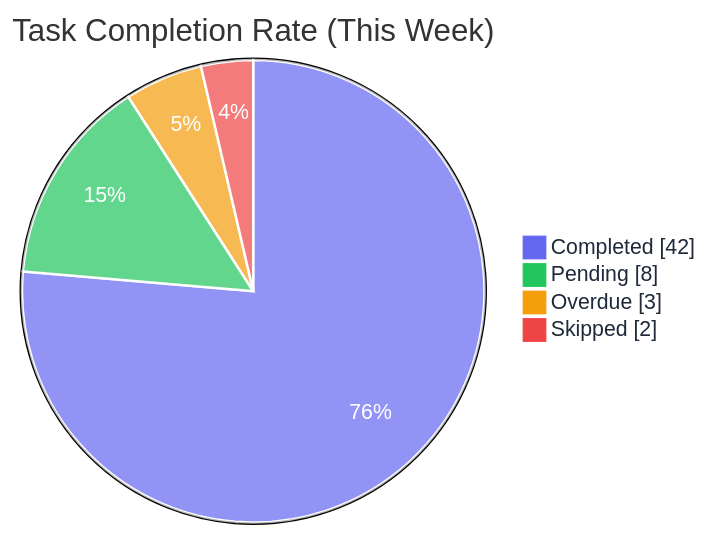
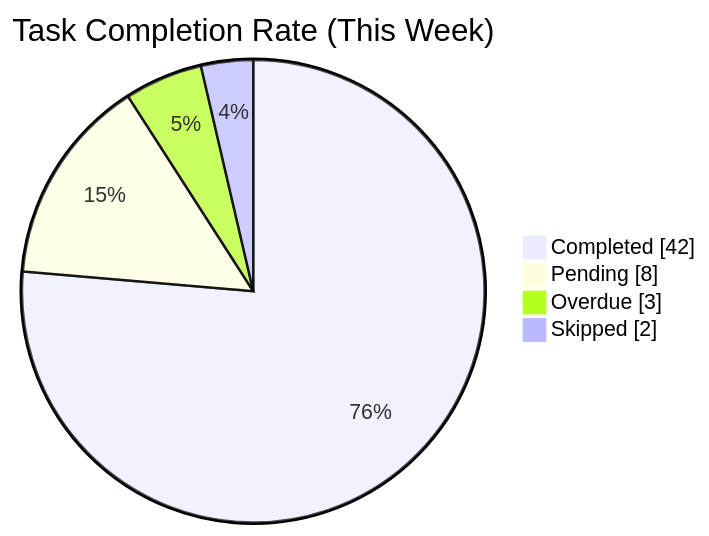
One commit to anisha-agarwal/chore-champions changed diagram 11 of 13 in docs/FEATURES.md. Above: the diagram before and after it, drawn with Mermaid. The commit also changed other lines of this file and 2 other files, not shown here.

First line of the commit message:
Use default Mermaid theme for cleaner diagrams

````diff
--- a/docs/FEATURES.md
+++ b/docs/FEATURES.md
@@ -297,9 +297,9 @@
 ```mermaid
-%%{init: {'theme': 'base', 'themeVariables': {'pie1': '#6366f1', 'pie2': '#22c55e', 'pie3': '#f59e0b', 'pie4': '#ef4444', 'pieStrokeColor': '#fff', 'pieStrokeWidth': '2px', 'pieLegendTextColor': '#1e293b', 'pieSectionTextColor': '#fff'}}}%%
+%%{init: {'theme': 'default'}}%%
 pie showData
     title Task Completion Rate (This Week)
     "Completed" : 42
     "Pending" : 8
     "Overdue" : 3
     "Skipped" : 2
 ```
````
